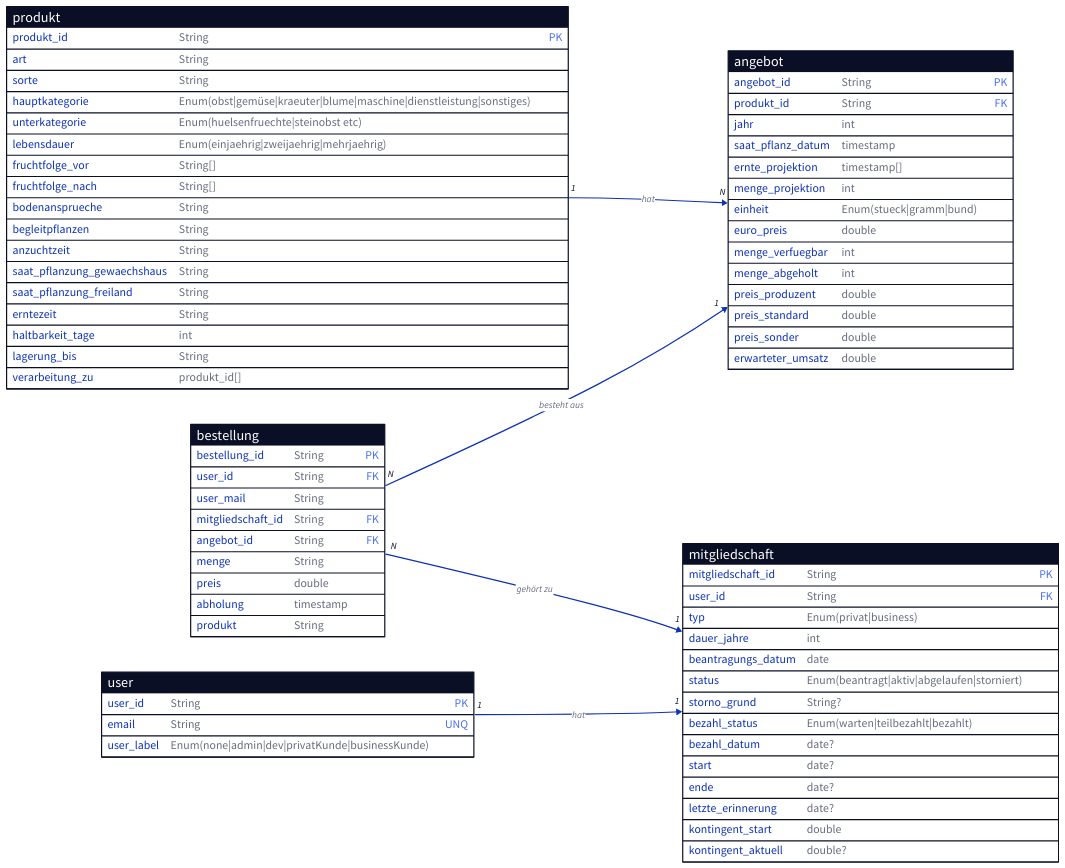
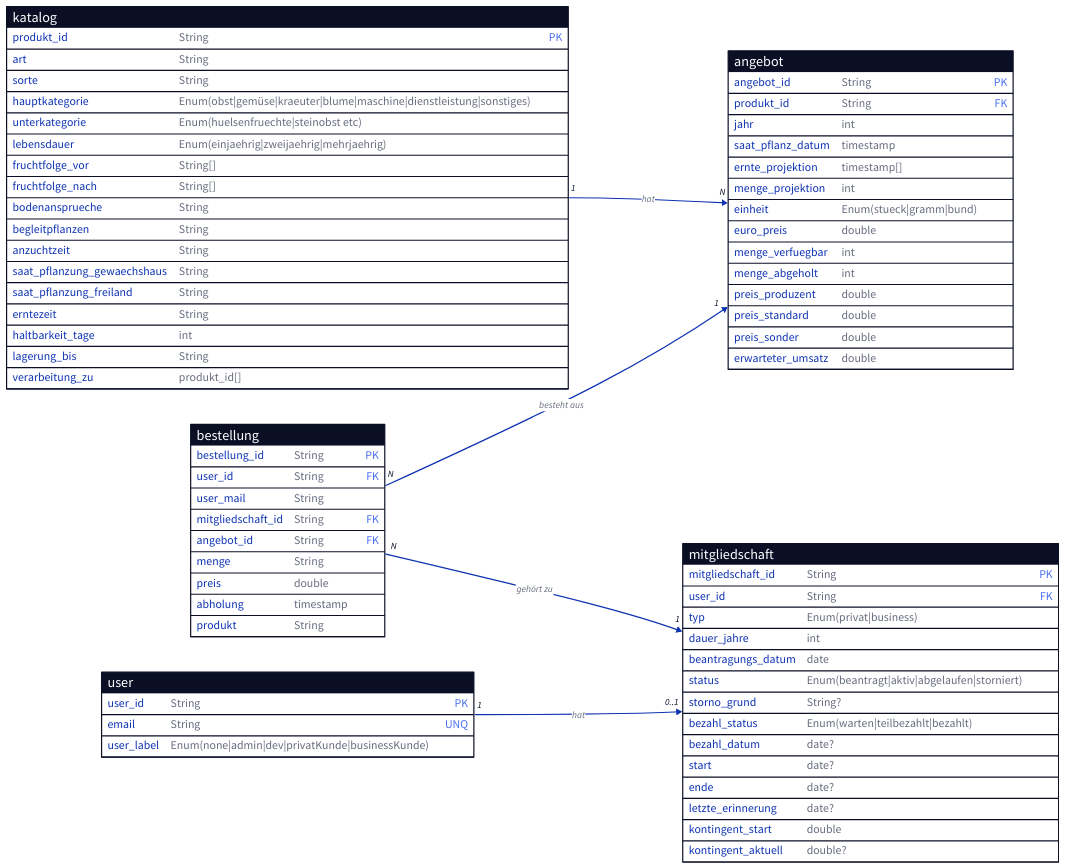
One commit to floherzler/permdal-web changed the diagram in functions/database_tables.d2. Above: the diagram before and after it, drawn with D2. The commit also changed 14 other files, not shown here.

```diff
--- a/functions/database_tables.d2
+++ b/functions/database_tables.d2
@@ -1,106 +1,106 @@
 direction: right
-produkt: {
+katalog: {
   shape: sql_table
 
   produkt_id: String {constraint: primary_key}
   art: String
   sorte: String
   hauptkategorie: Enum(obst|gemüse|kraeuter|blume|maschine|dienstleistung|sonstiges)
   unterkategorie: Enum(huelsenfruechte|steinobst etc)
   lebensdauer: Enum(einjaehrig|zweijaehrig|mehrjaehrig)
   fruchtfolge_vor: "String[]"
   fruchtfolge_nach: "String[]"
   bodenansprueche: String
   begleitpflanzen: String
   anzuchtzeit: String
   saat_pflanzung_gewaechshaus: String
   saat_pflanzung_freiland: String
   erntezeit: String
   haltbarkeit_tage: int
   lagerung_bis: String
   verarbeitung_zu: "produkt_id[]"
 }
 
 angebot: {
   shape: sql_table
 
   angebot_id: String {constraint: primary_key}
   produkt_id: String {constraint: foreign_key}
   jahr: int
   saat_pflanz_datum: timestamp
   ernte_projektion: "timestamp[]"
   menge_projektion: int
   einheit: Enum(stueck|gramm|bund)
   euro_preis: double
   menge_verfuegbar: int
   menge_abgeholt: int
   preis_produzent: double
   preis_standard: double
   preis_sonder: double
   erwarteter_umsatz: double
 }
 
 mitgliedschaft: {
   shape: sql_table
 
   mitgliedschaft_id: String {constraint: primary_key} # für Überweisung genutzt zB mb2025-007
   user_id: String {constraint: foreign_key}
   typ: Enum(privat|business)
   dauer_jahre: int
   beantragungs_datum: date
   status: Enum(beantragt|aktiv|abgelaufen|storniert)
   storno_grund: String?
   bezahl_status: Enum(warten|teilbezahlt|bezahlt)
   bezahl_datum: date?
   start: date?
   ende: date?
   letzte_erinnerung: date?
   kontingent_start: double
   kontingent_aktuell: double? # zwischen start und Null
 }
 
 bestellung: {
   shape: sql_table
 
   bestellung_id: String {constraint: primary_key}
   user_id: String {constraint: foreign_key}
   user_mail: String
   mitgliedschaft_id: String {constraint: foreign_key}
   angebot_id: String {constraint: foreign_key}
   menge: String
   preis: double
   abholung: timestamp
   produkt: String
 }
 
 user: {
   shape: sql_table
 
   user_id: String {constraint: primary_key}
   email: String {constraint: unique}
   user_label: Enum(none|admin|dev|privatKunde|businessKunde)
 }
 
-produkt -> angebot: hat {
+katalog -> angebot: hat {
   source-arrowhead: 1
   target-arrowhead: N
   # style.animated: true
 }
 
 bestellung -> mitgliedschaft: gehört zu {
   source-arrowhead: N
   target-arrowhead: 1
   # style.animated: true
 }
 
 bestellung -> angebot: besteht aus {
   source-arrowhead: N
   target-arrowhead: 1
   # style.animated: true
 }
 
 user -> mitgliedschaft: hat {
   source-arrowhead: 1
-  target-arrowhead: 1
+  target-arrowhead: 0..1
   # style.animated: true
 }
```
